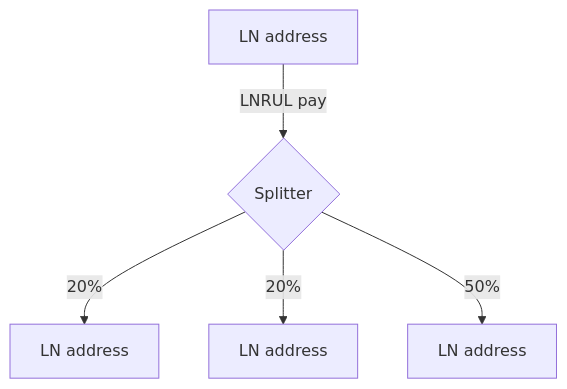
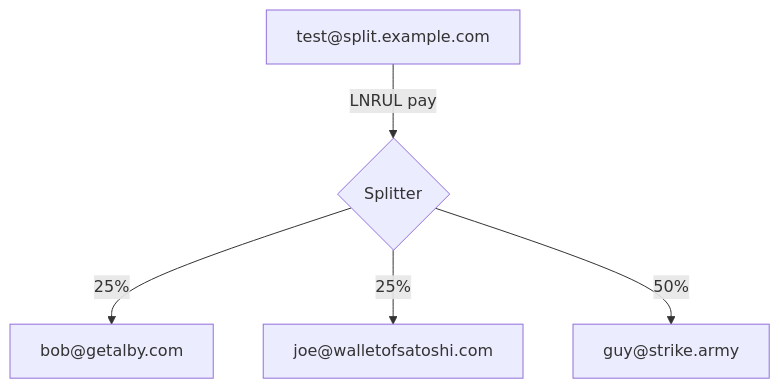
The diagram in README.md (hzrd149/ln-prism), drawn with Mermaid before and after one commit. The commit also changed 2 other files, not shown here.

Commit message:
small cleanup

````diff
--- a/README.md
+++ b/README.md
@@ -5,7 +5,7 @@
 ```mermaid
 flowchart TD
-    A[LN address] -->|LNRUL pay| C{Splitter}
-    C -->|20%| D[LN address]
-    C -->|20%| E[LN address]
-    C -->|50%| F[LN address]
+    A["test@split.example.com"] -->|LNRUL pay| C{Splitter}
+    C -->|25%| D["bob@getalby.com"]
+    C -->|25%| E["joe@walletofsatoshi.com"]
+    C -->|50%| F["guy@strike.army"]
 ```
````
